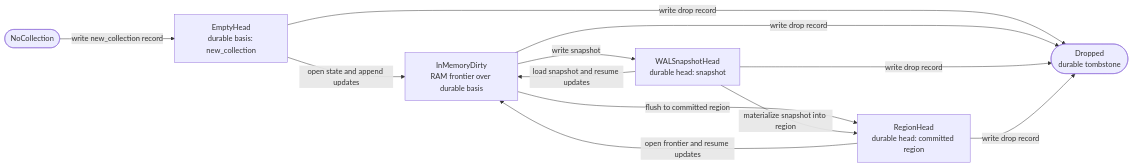
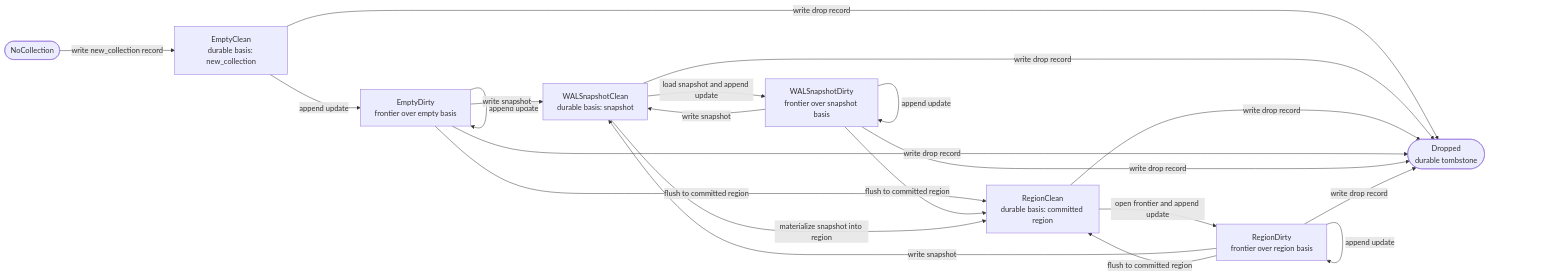
The second of 7 diagrams in spec/ring.md (moore/borromean), drawn with Mermaid before and after one commit. The commit also changed other lines of this file and 2 other files, not shown here.

````diff
--- a/spec/ring.md
+++ b/spec/ring.md
@@ -1241,28 +1294,41 @@
 ```mermaid
 %%{init: {"flowchart": {"wrappingWidth": 180}} }%%
 flowchart LR
     NoCollection([NoCollection])
-    EmptyHead["`EmptyHead
+    EmptyClean["`EmptyClean
 durable basis: new_collection`"]
-    InMemoryDirty["`InMemoryDirty
-RAM frontier over durable basis`"]
-    WALSnapshotHead["`WALSnapshotHead
-durable head: snapshot`"]
-    RegionHead["`RegionHead
-durable head: committed region`"]
+    EmptyDirty["`EmptyDirty
+frontier over empty basis`"]
+    SnapshotClean["`WALSnapshotClean
+durable basis: snapshot`"]
+    SnapshotDirty["`WALSnapshotDirty
+frontier over snapshot basis`"]
+    RegionClean["`RegionClean
+durable basis: committed region`"]
+    RegionDirty["`RegionDirty
+frontier over region basis`"]
     Dropped(["`Dropped
 durable tombstone`"])
 
-    NoCollection -->|write new_collection record| EmptyHead
-    EmptyHead -->|open state and append updates| InMemoryDirty
-    InMemoryDirty -->|write snapshot| WALSnapshotHead
-    InMemoryDirty -->|flush to committed region| RegionHead
-    WALSnapshotHead -->|load snapshot and resume updates| InMemoryDirty
-    WALSnapshotHead -->|materialize snapshot into region| RegionHead
-    RegionHead -->|open frontier and resume updates| InMemoryDirty
+    NoCollection -->|write new_collection record| EmptyClean
+    EmptyClean -->|append update| EmptyDirty
+    SnapshotClean -->|load snapshot and append update| SnapshotDirty
+    RegionClean -->|open frontier and append update| RegionDirty
+    EmptyDirty -->|append update| EmptyDirty
+    SnapshotDirty -->|append update| SnapshotDirty
+    RegionDirty -->|append update| RegionDirty
+    EmptyDirty -->|write snapshot| SnapshotClean
+    SnapshotDirty -->|write snapshot| SnapshotClean
+    RegionDirty -->|write snapshot| SnapshotClean
+    EmptyDirty -->|flush to committed region| RegionClean
+    SnapshotDirty -->|flush to committed region| RegionClean
+    RegionDirty -->|flush to committed region| RegionClean
+    SnapshotClean -->|materialize snapshot into region| RegionClean
 
-    EmptyHead -->|write drop record| Dropped
-    InMemoryDirty -->|write drop record| Dropped
-    WALSnapshotHead -->|write drop record| Dropped
-    RegionHead -->|write drop record| Dropped
+    EmptyClean -->|write drop record| Dropped
+    SnapshotClean -->|write drop record| Dropped
+    RegionClean -->|write drop record| Dropped
+    EmptyDirty -->|write drop record| Dropped
+    SnapshotDirty -->|write drop record| Dropped
+    RegionDirty -->|write drop record| Dropped
 ```
````
